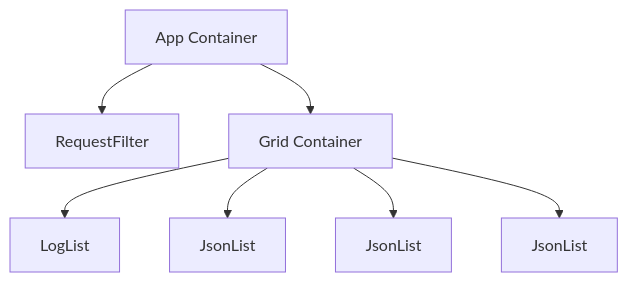
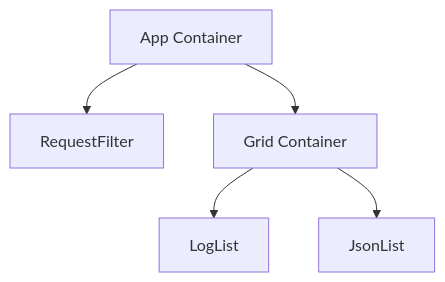
The diagram in .swm/containers-overview.3u10f8be.sw.md (Swimm-Demo/mockserver-ui), drawn with Mermaid before and after one commit. The commit also changed other lines of this file, not shown here.

Commit message:
docs(swimm): update doc: Containers Overview

````diff
--- a/.swm/containers-overview.3u10f8be.sw.md
+++ b/.swm/containers-overview.3u10f8be.sw.md
@@ -109,9 +109,8 @@
 ```mermaid
 graph TD;
     A[App Container] --> B[RequestFilter];
     A --> C[Grid Container];
     C --> D[LogList];
     C --> E[JsonList];
-    C --> F[JsonList];
-    C --> G[JsonList];
+  
 ```
````
